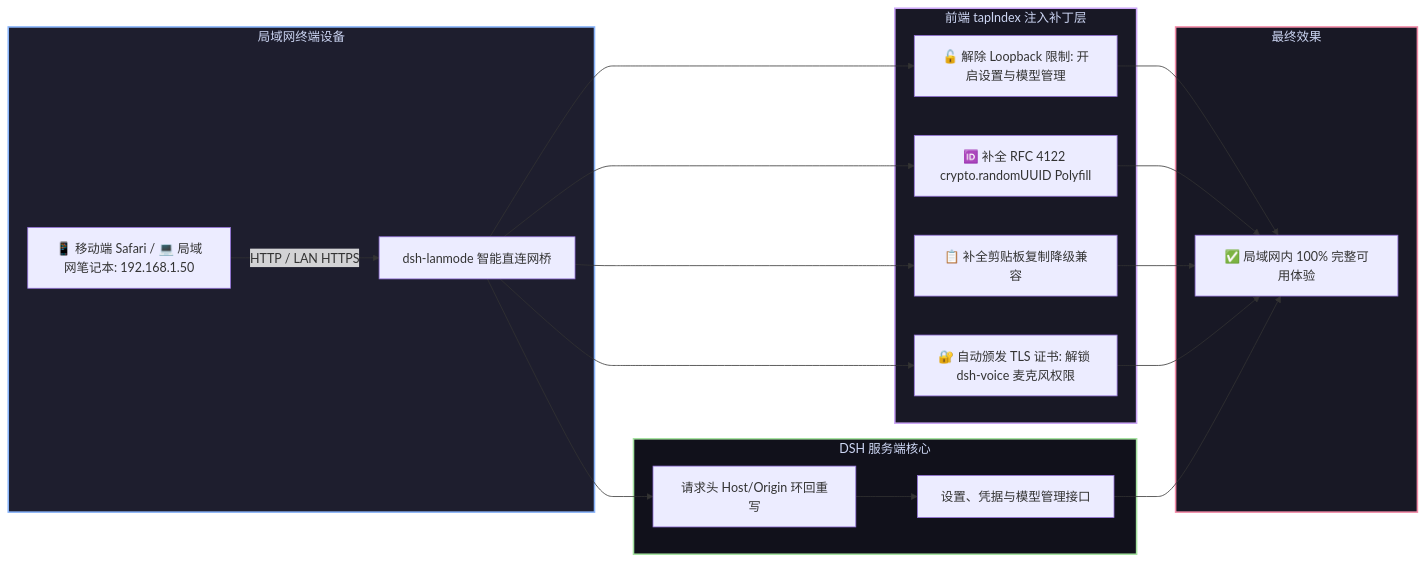
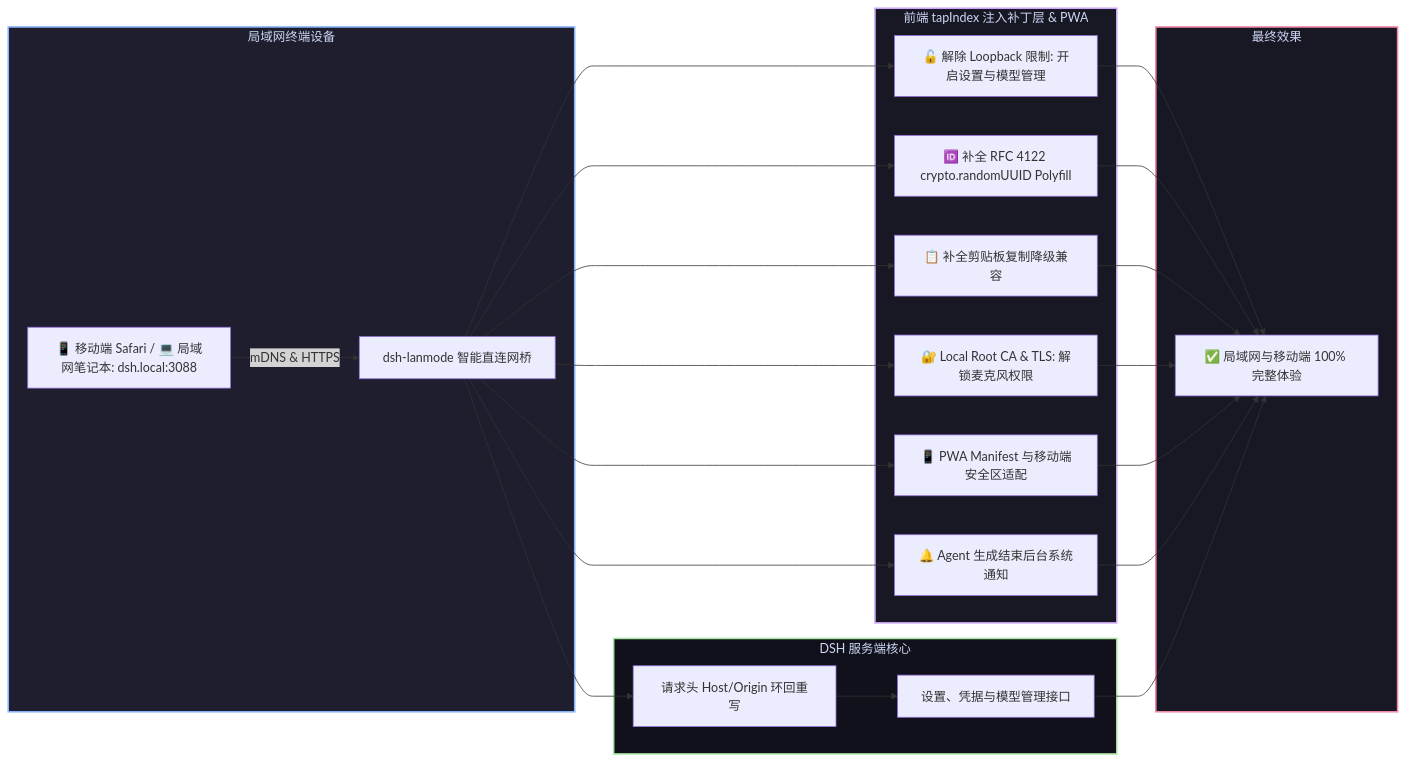
The diagram in README.zh.md (GooDAnDReaDY/dsh-lanmode), drawn with Mermaid before and after one commit. The commit also changed other lines of this file and 18 other files, not shown here.

Commit message:
feat: mobileqr, PWA, mDNS dsh.local, Local Root CA, LAN PIN, and UI settings card

````diff
--- a/README.zh.md
+++ b/README.zh.md
@@ -40,31 +40,35 @@
 ```mermaid
 graph LR
     subgraph RemoteDevices [局域网终端设备]
-        Client[📱 移动端 Safari / 💻 局域网笔记本: 192.168.1.50] -->|HTTP / LAN HTTPS| Bridge[dsh-lanmode 智能直连网桥]
+        Client[📱 移动端 Safari / 💻 局域网笔记本: dsh.local:3088] -->|mDNS & HTTPS| Bridge[dsh-lanmode 智能直连网桥]
     end
 
-    subgraph ShimsLayer [前端 tapIndex 注入补丁层]
+    subgraph ShimsLayer [前端 tapIndex 注入补丁层 & PWA]
         Bridge --> Shim1[🔓 解除 Loopback 限制: 开启设置与模型管理]
         Bridge --> Shim2[🆔 补全 RFC 4122 crypto.randomUUID Polyfill]
         Bridge --> Shim3[📋 补全剪贴板复制降级兼容]
-        Bridge --> Shim4[🔐 自动颁发 TLS 证书: 解锁 dsh-voice 麦克风权限]
+        Bridge --> Shim4[🔐 Local Root CA & TLS: 解锁麦克风权限]
+        Bridge --> Shim5[📱 PWA Manifest 与移动端安全区适配]
+        Bridge --> Shim6[🔔 Agent 生成结束后台系统通知]
     end
 
     subgraph HostBackend [DSH 服务端核心]
         Bridge --> HeaderRewrite[请求头 Host/Origin 环回重写]
         HeaderRewrite --> PrivilegedAPI[设置、凭据与模型管理接口]
     end
 
     subgraph Output [最终效果]
-        Shim1 --> FullWeb[✅ 局域网内 100% 完整可用体验]
+        Shim1 --> FullWeb[✅ 局域网与移动端 100% 完整体验]
         Shim2 --> FullWeb
         Shim3 --> FullWeb
         Shim4 --> FullWeb
+        Shim5 --> FullWeb
+        Shim6 --> FullWeb
         PrivilegedAPI --> FullWeb
     end
 
     style RemoteDevices fill:#1e1e2e,stroke:#89b4fa,stroke-width:2px,color:#cdd6f4
     style ShimsLayer fill:#181825,stroke:#cba6f7,stroke-width:2px,color:#cdd6f4
     style HostBackend fill:#11111b,stroke:#a6e3a1,stroke-width:2px,color:#cdd6f4
     style Output fill:#181825,stroke:#f38ba8,stroke-width:2px,color:#cdd6f4
 ```
````
